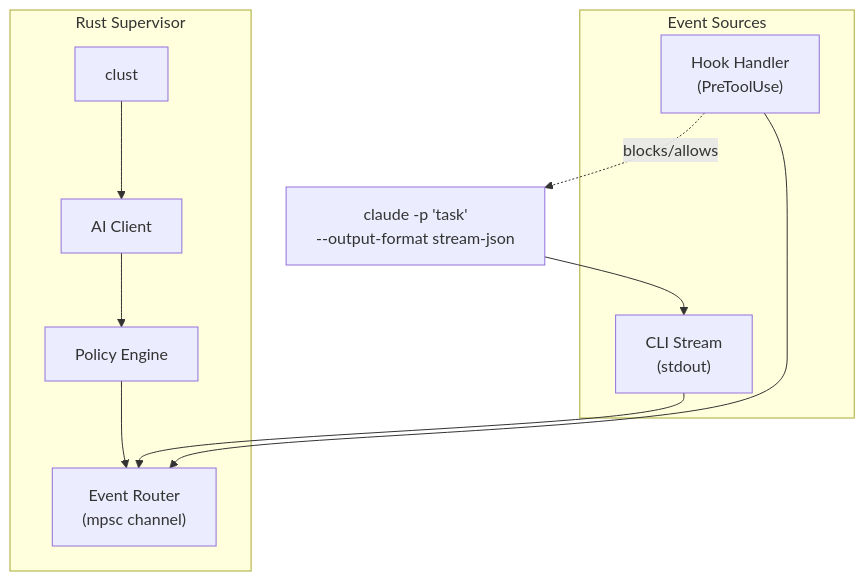
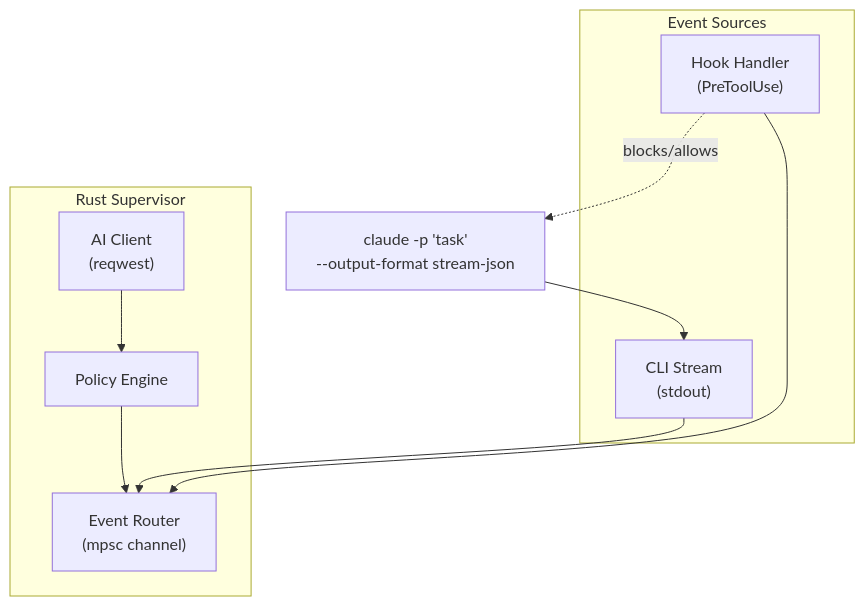
The diagram in CLAUDE.md (NikkeTryHard/claude-supervisor), drawn with Mermaid before and after one commit. The commit also changed other lines of this file, not shown here.

Commit message:
docs: update CLAUDE.md, remove outdated clust references and volatile phases

````diff
--- a/CLAUDE.md
+++ b/CLAUDE.md
@@ -16,24 +16,23 @@
 ```mermaid
 flowchart TB
     subgraph supervisor["Rust Supervisor"]
         policy["Policy Engine"]
-        ai["AI Client"]
-        clust["clust"]
+        ai["AI Client<br/>(reqwest)"]
         router["Event Router<br/>(mpsc channel)"]
 
-        clust --> ai --> policy
+        ai --> policy
         policy --> router
     end
 
     subgraph inputs["Event Sources"]
         stream["CLI Stream<br/>(stdout)"]
         hooks["Hook Handler<br/>(PreToolUse)"]
     end
 
     claude["claude -p 'task'<br/>--output-format stream-json"]
 
     stream --> router
     hooks --> router
     claude --> stream
     hooks -.->|blocks/allows| claude
 ```
````
